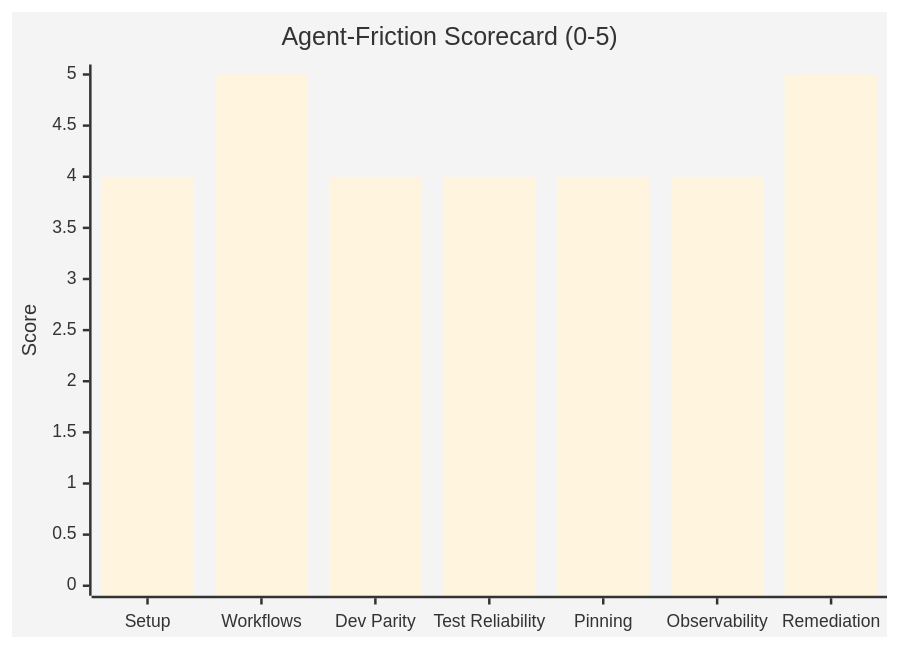
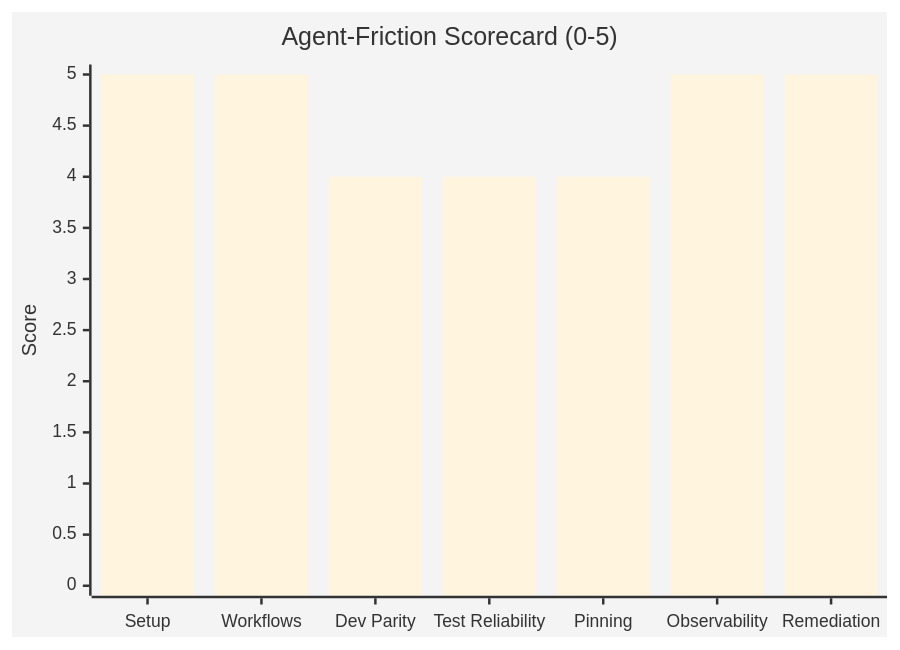
One commit to jbejenar/ripple-next changed the second of 10 diagrams in docs/product-roadmap/README.md. Above: the diagram before and after it, drawn with Mermaid. The commit also changed other lines of this file and 16 other files, not shown here.

First line of the commit message:
feat: implement AI-suggested improvements and update roadmap

````diff
--- a/docs/product-roadmap/README.md
+++ b/docs/product-roadmap/README.md
@@ -144,8 +146,8 @@
 ```mermaid
 %%{init: {'theme': 'base', 'themeVariables': {'primaryColor': '#6366f1'}}}%%
 xychart-beta
     title "Agent-Friction Scorecard (0-5)"
     x-axis ["Setup", "Workflows", "Dev Parity", "Test Reliability", "Pinning", "Observability", "Remediation"]
     y-axis "Score" 0 --> 5
-    bar [4, 5, 4, 4, 4, 4, 5]
+    bar [5, 5, 4, 4, 4, 5, 5]
 ```
````
